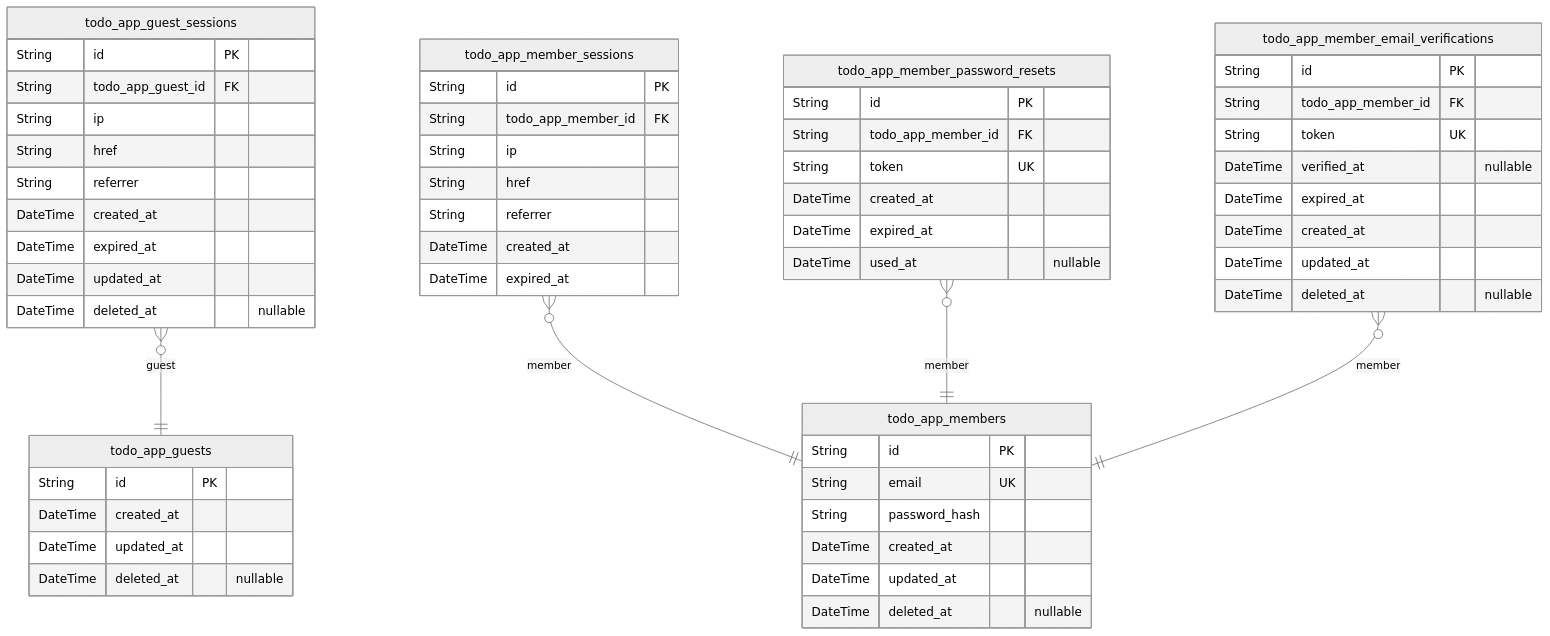
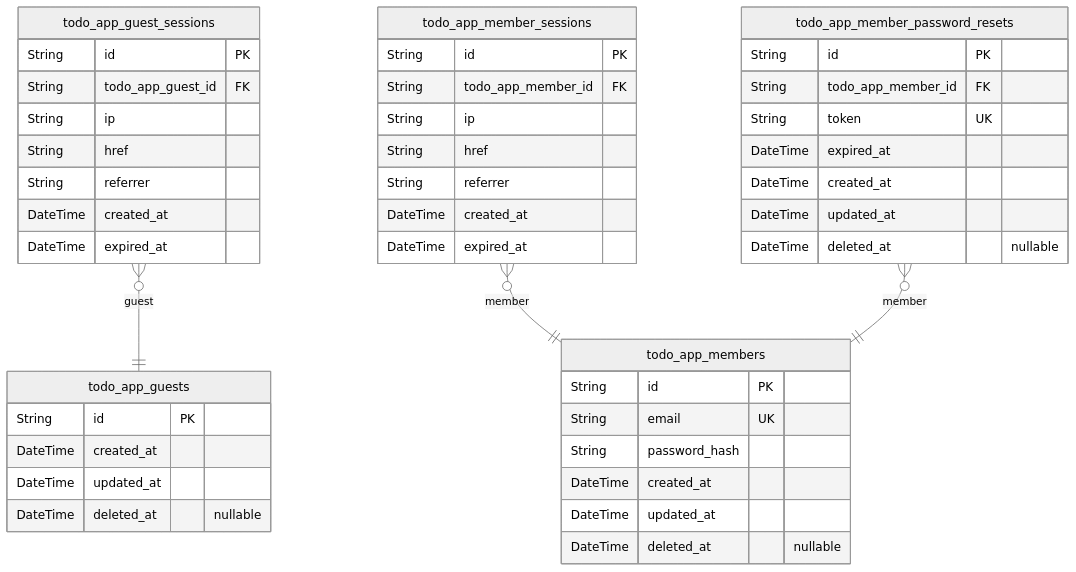
Before and after one commit to wrtnlabs/autobe-examples: the first of 2 diagrams in openai/gpt-5.4-mini/todo/docs/ERD.md, drawn with Mermaid (neutral theme). The commit also changed other lines of this file and 6645 other files, not shown here.

````diff
--- a/openai/gpt-5.4-mini/todo/docs/ERD.md
+++ b/openai/gpt-5.4-mini/todo/docs/ERD.md
@@ -12,59 +10,47 @@
 ```mermaid
 erDiagram
 "todo_app_guests" {
   String id PK
   DateTime created_at
   DateTime updated_at
   DateTime deleted_at "nullable"
 }
 "todo_app_guest_sessions" {
   String id PK
   String todo_app_guest_id FK
   String ip
   String href
   String referrer
   DateTime created_at
   DateTime expired_at
-  DateTime updated_at
-  DateTime deleted_at "nullable"
 }
 "todo_app_members" {
   String id PK
   String email UK
   String password_hash
   DateTime created_at
   DateTime updated_at
   DateTime deleted_at "nullable"
 }
 "todo_app_member_sessions" {
   String id PK
   String todo_app_member_id FK
   String ip
   String href
   String referrer
   DateTime created_at
   DateTime expired_at
 }
 "todo_app_member_password_resets" {
   String id PK
   String todo_app_member_id FK
   String token UK
-  DateTime created_at
-  DateTime expired_at
-  DateTime used_at "nullable"
-}
-"todo_app_member_email_verifications" {
-  String id PK
-  String todo_app_member_id FK
-  String token UK
-  DateTime verified_at "nullable"
   DateTime expired_at
   DateTime created_at
   DateTime updated_at
   DateTime deleted_at "nullable"
 }
 "todo_app_guest_sessions" }o--|| "todo_app_guests" : guest
 "todo_app_member_sessions" }o--|| "todo_app_members" : member
 "todo_app_member_password_resets" }o--|| "todo_app_members" : member
-"todo_app_member_email_verifications" }o--|| "todo_app_members" : member
 ```
````
